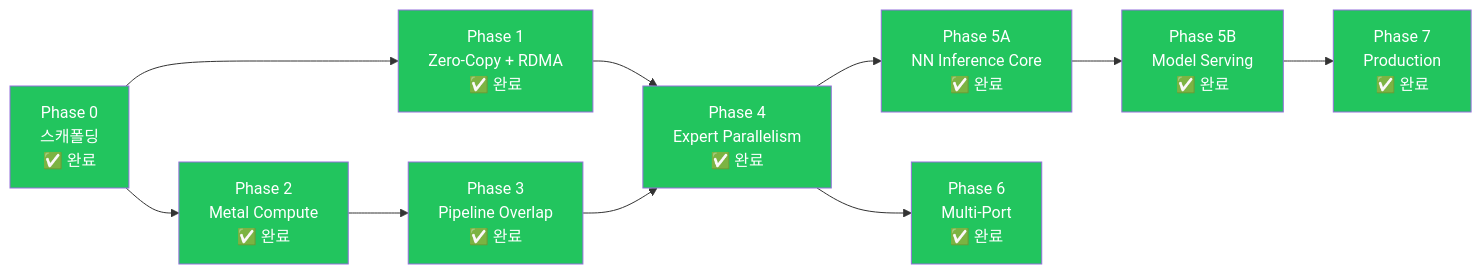
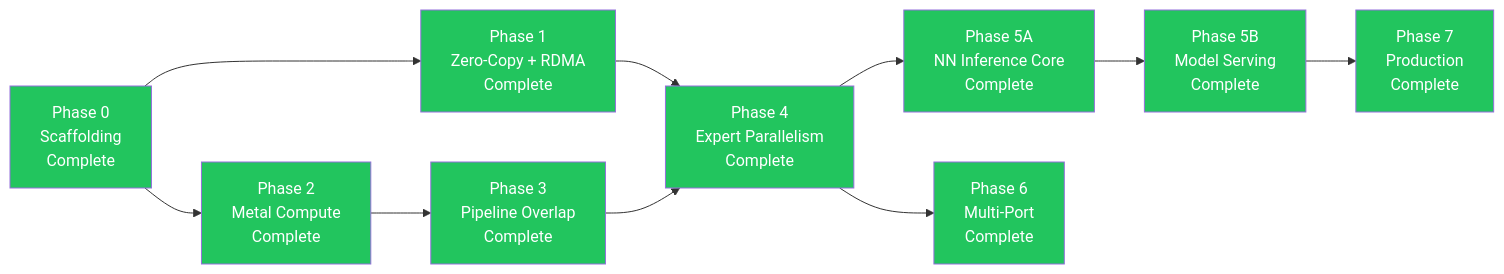
Before and after one commit to 0xDaizz/RMLX: the diagram in docs/roadmap/phases.md, drawn with Mermaid. The commit also changed other lines of this file and 30 other files, not shown here.

````diff
--- a/docs/roadmap/phases.md
+++ b/docs/roadmap/phases.md
@@ -51,32 +51,32 @@
 ```mermaid
 graph LR
-    P0["Phase 0<br/>스캐폴딩<br/>✅ 완료"]
-    P1["Phase 1<br/>Zero-Copy + RDMA<br/>✅ 완료"]
-    P2["Phase 2<br/>Metal Compute<br/>✅ 완료"]
-    P3["Phase 3<br/>Pipeline Overlap<br/>✅ 완료"]
-    P4["Phase 4<br/>Expert Parallelism<br/>✅ 완료"]
-    P5A["Phase 5A<br/>NN Inference Core<br/>✅ 완료"]
-    P5B["Phase 5B<br/>Model Serving<br/>✅ 완료"]
-    P6["Phase 6<br/>Multi-Port<br/>✅ 완료"]
-    P7["Phase 7<br/>Production<br/>✅ 완료"]
+    P0["Phase 0<br/>Scaffolding<br/>Complete"]
+    P1["Phase 1<br/>Zero-Copy + RDMA<br/>Complete"]
+    P2["Phase 2<br/>Metal Compute<br/>Complete"]
+    P3["Phase 3<br/>Pipeline Overlap<br/>Complete"]
+    P4["Phase 4<br/>Expert Parallelism<br/>Complete"]
+    P5A["Phase 5A<br/>NN Inference Core<br/>Complete"]
+    P5B["Phase 5B<br/>Model Serving<br/>Complete"]
+    P6["Phase 6<br/>Multi-Port<br/>Complete"]
+    P7["Phase 7<br/>Production<br/>Complete"]
 
     P0 --> P1
     P0 --> P2
     P2 --> P3
     P1 --> P4
     P3 --> P4
     P4 --> P5A
     P5A --> P5B
     P4 --> P6
     P5B --> P7
 
     style P0 fill:#22c55e,color:#fff
     style P1 fill:#22c55e,color:#fff
     style P2 fill:#22c55e,color:#fff
     style P3 fill:#22c55e,color:#fff
     style P4 fill:#22c55e,color:#fff
     style P5A fill:#22c55e,color:#fff
     style P5B fill:#22c55e,color:#fff
     style P6 fill:#22c55e,color:#fff
     style P7 fill:#22c55e,color:#fff
 ```
````
